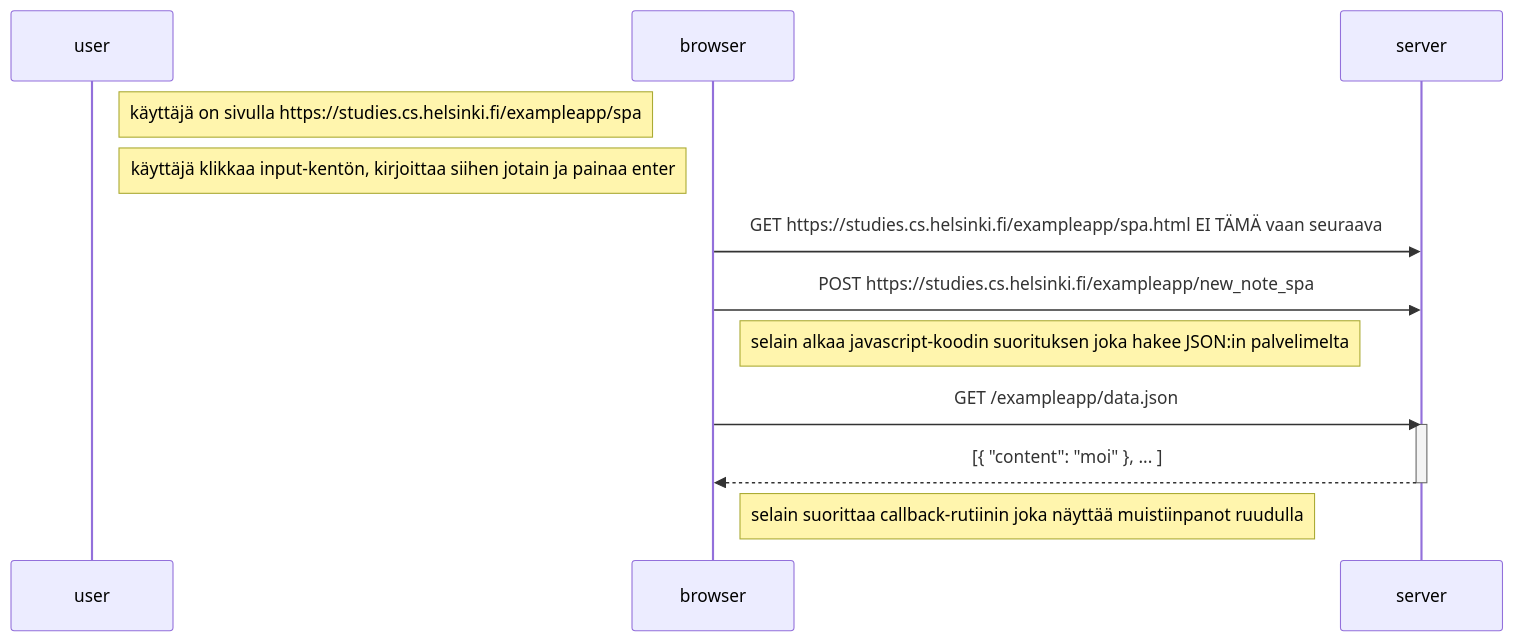
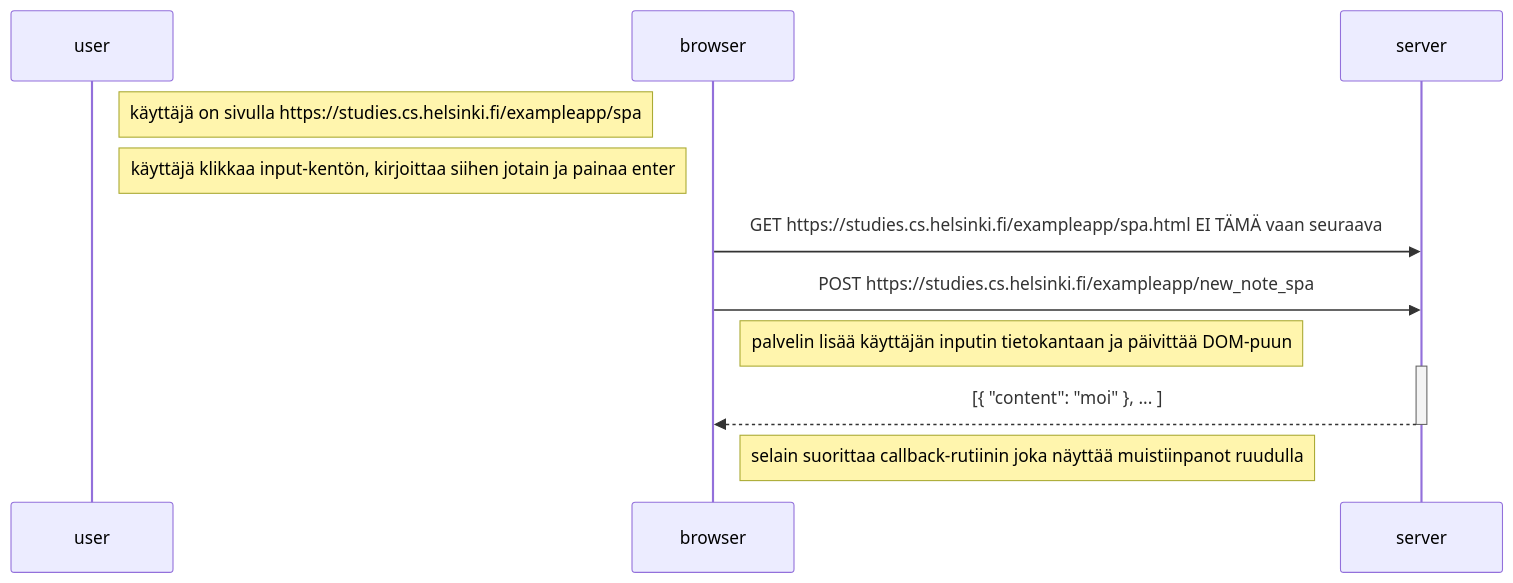
The diagram in mermaid-test9.md (moocjsi/mooc-harj03), drawn with Mermaid before and after one commit.

````diff
--- a/mermaid-test9.md
+++ b/mermaid-test9.md
@@ -2,23 +2,22 @@
 ```mermaid
 sequenceDiagram
     participant user
     participant browser
     participant server
 
     Note right of user: käyttäjä on sivulla https://studies.cs.helsinki.fi/exampleapp/spa
     Note right of user: käyttäjä klikkaa input-kentön, kirjoittaa siihen jotain ja painaa enter
     
     browser->>server: GET  https://studies.cs.helsinki.fi/exampleapp/spa.html  EI TÄMÄ vaan seuraava
     browser->>server: POST https://studies.cs.helsinki.fi/exampleapp/new_note_spa
 
-    Note right of browser: selain alkaa  javascript-koodin suorituksen joka hakee JSON:in palvelimelta
-    browser->>server: GET /exampleapp/data.json
+    Note right of browser: palvelin lisää käyttäjän inputin tietokantaan ja päivittää DOM-puun
 
     activate server
     server-->>browser: [{ "content": "moi" }, ... ]
     deactivate server
 
     Note right of browser: selain suorittaa callback-rutiinin joka näyttää muistiinpanot ruudulla
 
 
 ```
````
